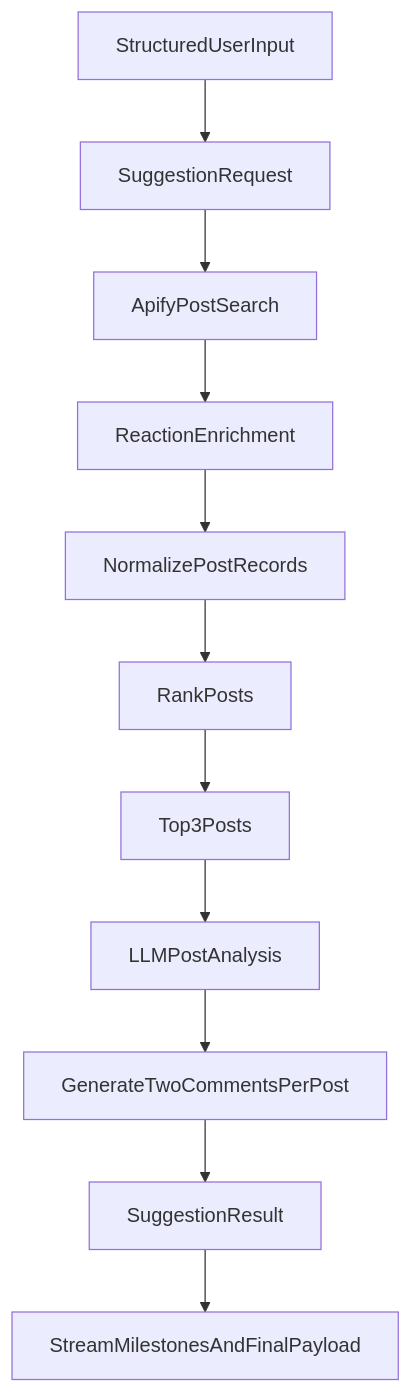
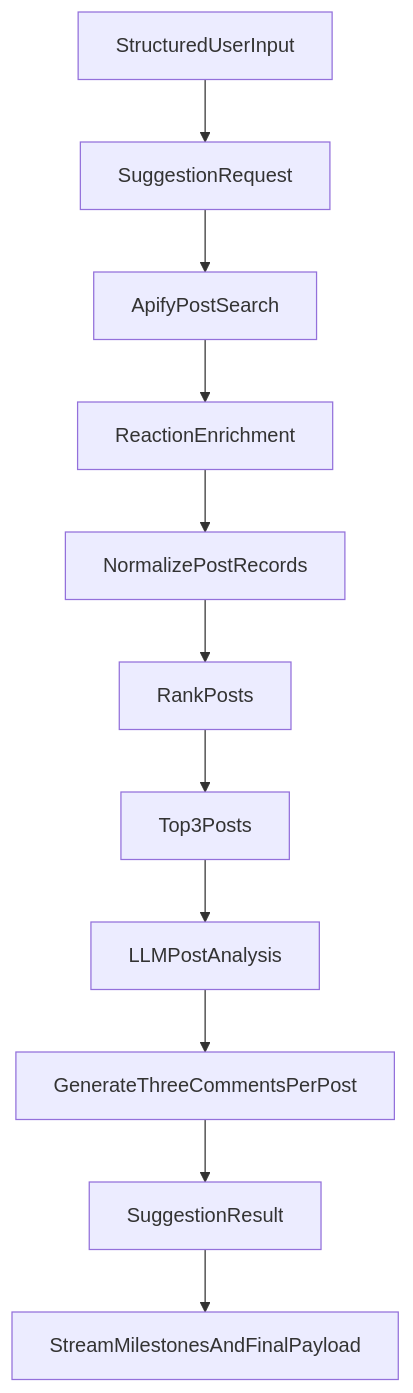
One commit to andreyxdd/linkedin-comments-recommender changed the second of 2 diagrams in docs/architecture.md. Above: the diagram before and after it, drawn with Mermaid. The commit also changed other lines of this file and 11 other files, not shown here.

````diff
--- a/docs/architecture.md
+++ b/docs/architecture.md
@@ -180,13 +180,13 @@
 ```mermaid
 flowchart TD
     input[StructuredUserInput] --> request[SuggestionRequest]
     request --> search[ApifyPostSearch]
     search --> reactions[ReactionEnrichment]
     reactions --> normalize[NormalizePostRecords]
     normalize --> rank[RankPosts]
     rank --> topPosts[Top3Posts]
     topPosts --> analyze[LLMPostAnalysis]
-    analyze --> comments[GenerateTwoCommentsPerPost]
+    analyze --> comments[GenerateThreeCommentsPerPost]
     comments --> result[SuggestionResult]
     result --> sse[StreamMilestonesAndFinalPayload]
 ```
````
